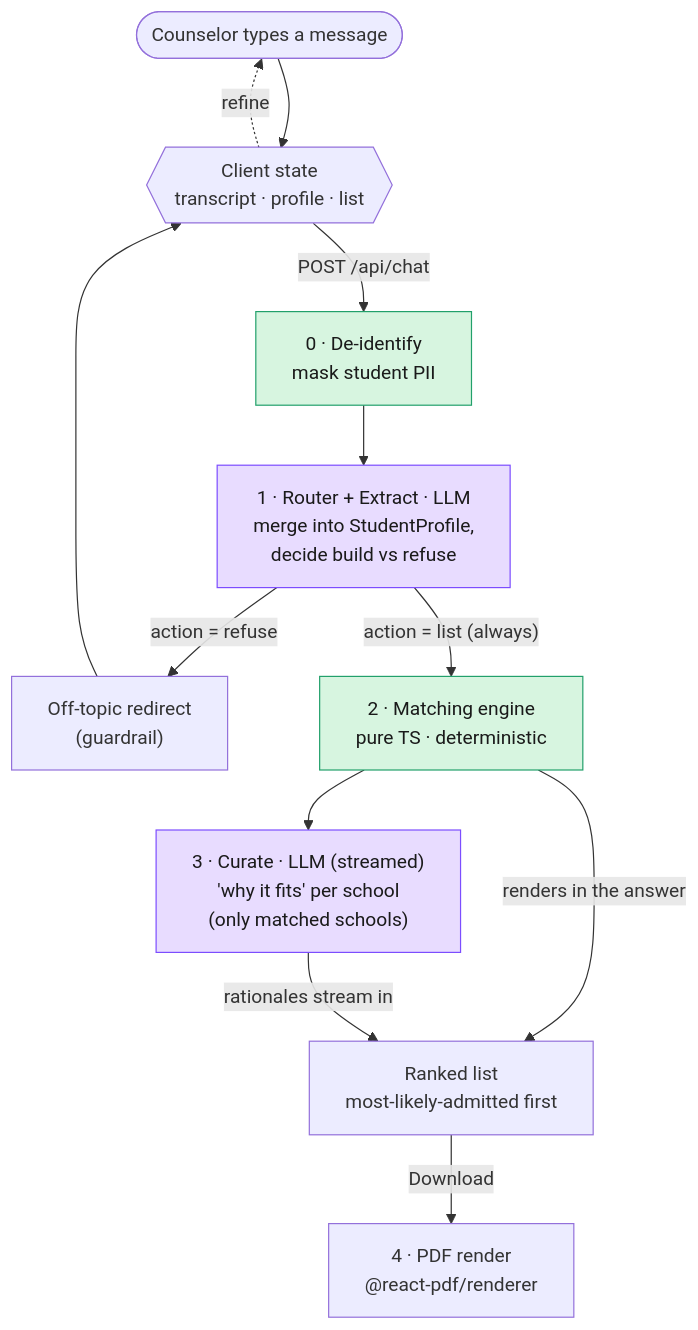
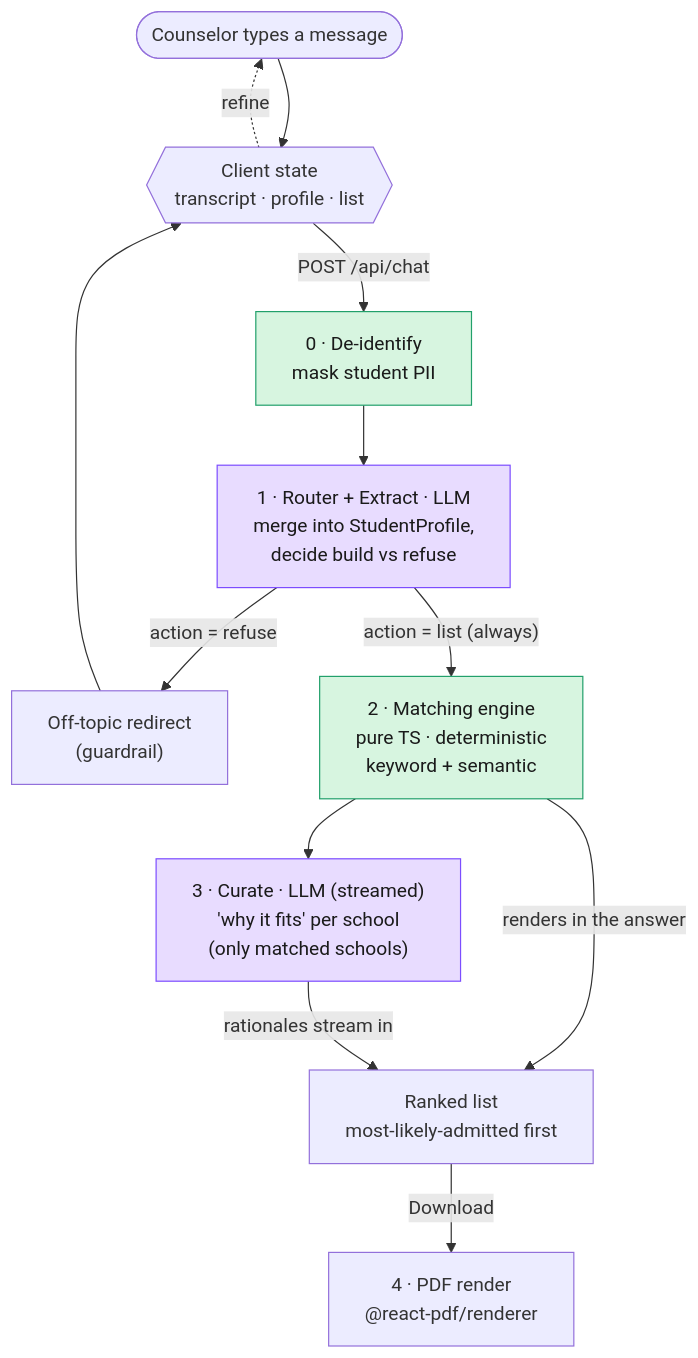
The first of 3 diagrams in docs/architecture.md (syldysnya/college-list-builder), drawn with Mermaid before and after one commit. The commit also changed other lines of this file and 1 other file, not shown here.

Commit message:
docs: document semantic program matching

````diff
--- a/docs/architecture.md
+++ b/docs/architecture.md
@@ -13,20 +13,20 @@
 ```mermaid
 flowchart TD
     U([Counselor types a message]) --> C{{"Client state<br/>transcript · profile · list"}}
     C -->|"POST /api/chat"| D["0 · De-identify<br/>mask student PII"]
     D --> R["1 · Router + Extract · LLM<br/>merge into StudentProfile,<br/>decide build vs refuse"]
     R -->|"action = refuse"| Q["Off-topic redirect<br/>(guardrail)"]
     Q --> C
-    R -->|"action = list (always)"| M["2 · Matching engine<br/>pure TS · deterministic"]
+    R -->|"action = list (always)"| M["2 · Matching engine<br/>pure TS · deterministic<br/>keyword + semantic"]
     M -->|"renders in the answer"| P["Ranked list<br/>most-likely-admitted first"]
     M --> CU["3 · Curate · LLM (streamed)<br/>'why it fits' per school<br/>(only matched schools)"]
     CU -->|"rationales stream in"| P
     P -->|"Download"| PDF["4 · PDF render<br/>@react-pdf/renderer"]
 
     C -.refine.-> U
 
     classDef llm fill:#e8dcff,stroke:#7c4dff,color:#1a1a1a;
     classDef pure fill:#d7f5e0,stroke:#22a06b,color:#1a1a1a;
     class R,CU llm;
     class M,D pure;
 ```
````
